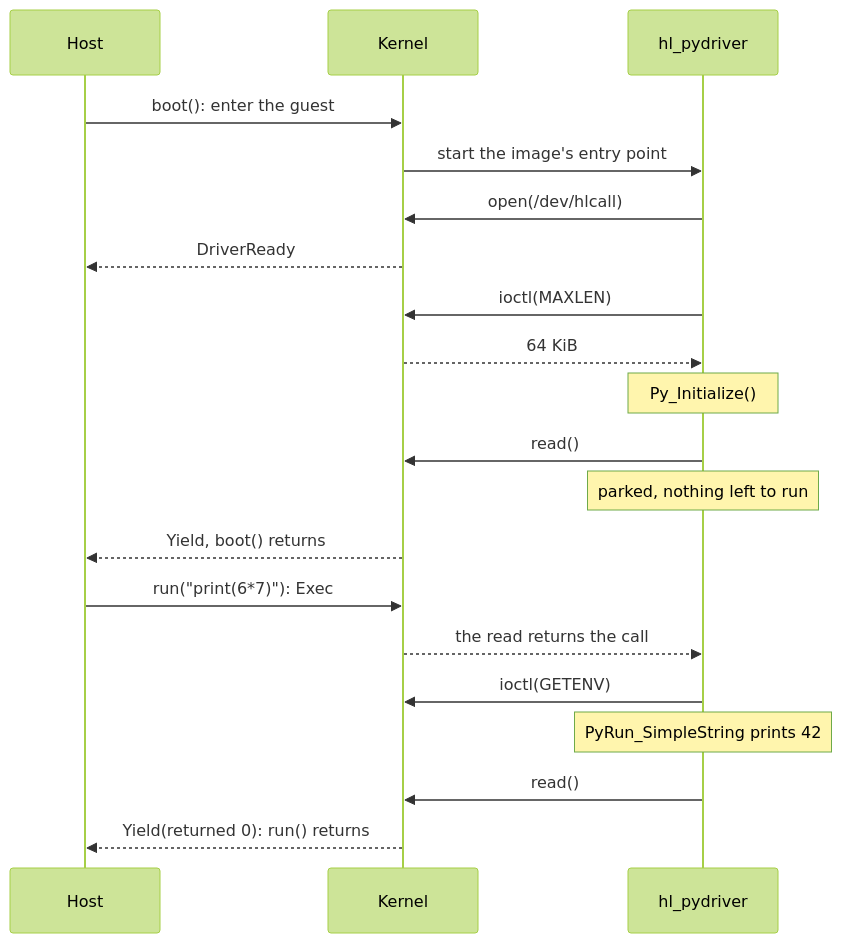
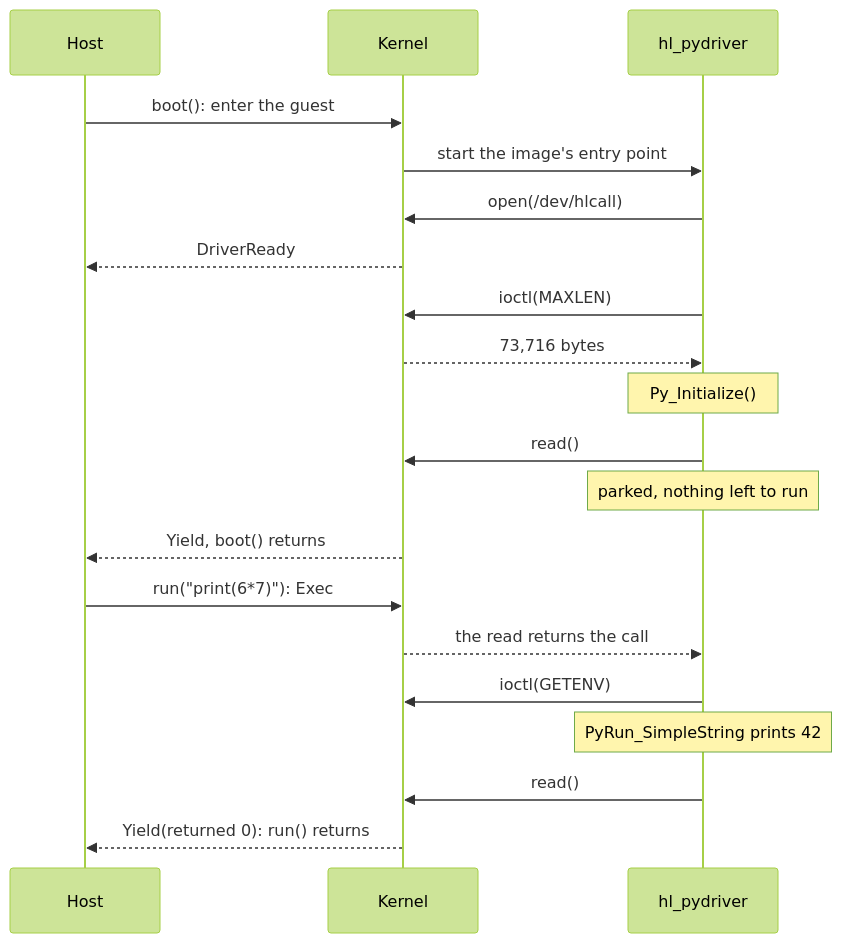
The diagram in docs/driver.md (hyperlight-dev/hyperlight-unikraft), drawn with Mermaid (forest theme) before and after one commit. The commit also changed other lines of this file and 5 other files, not shown here.

````diff
--- a/docs/driver.md
+++ b/docs/driver.md
@@ -22,24 +22,24 @@
 ```mermaid
 sequenceDiagram
     participant H as Host
     participant K as Kernel
     participant D as hl_pydriver
 
     H->>K: boot(): enter the guest
     K->>D: start the image's entry point
     D->>K: open(/dev/hlcall)
     K-->>H: DriverReady
     D->>K: ioctl(MAXLEN)
-    K-->>D: 64 KiB
+    K-->>D: 73,716 bytes
     Note over D: Py_Initialize()
     D->>K: read()
     Note over D: parked, nothing left to run
     K-->>H: Yield, boot() returns
 
     H->>K: run("print(6*7)"): Exec
     K-->>D: the read returns the call
     D->>K: ioctl(GETENV)
     Note over D: PyRun_SimpleString prints 42
     D->>K: read()
     K-->>H: Yield(returned 0): run() returns
 ```
````
